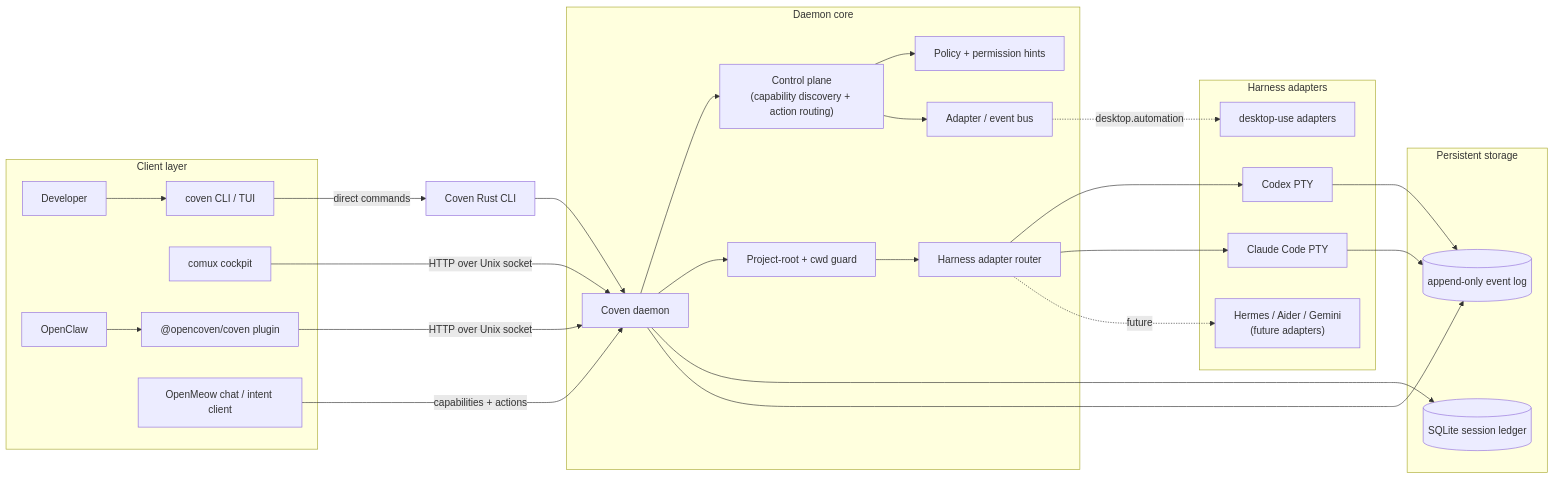
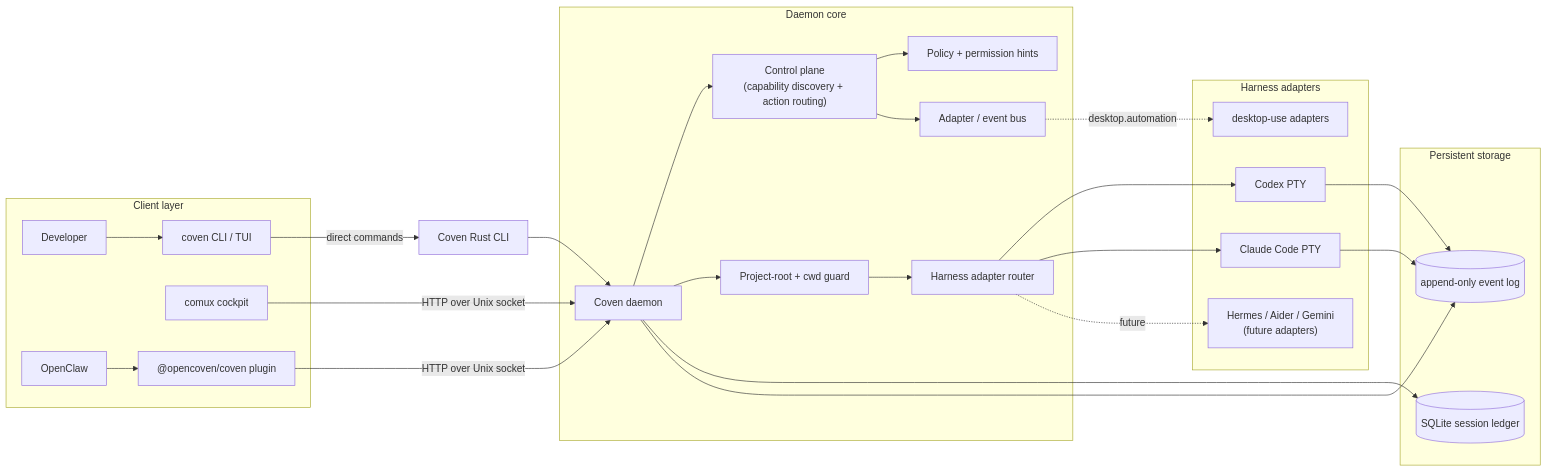
One commit to OpenCoven/coven changed the first of 3 diagrams in docs/ARCHITECTURE.md. Above: the diagram before and after it, drawn with Mermaid. The commit also changed other lines of this file and 48 other files, not shown here.

First line of the commit message:
chore: scrub stray OpenMeow references (#256)

````diff
--- a/docs/ARCHITECTURE.md
+++ b/docs/ARCHITECTURE.md
@@ -18,57 +18,55 @@
 ```mermaid
 flowchart LR
   subgraph Clients["Client layer"]
     User[Developer]
     CLI["coven CLI / TUI"]
     Comux["comux cockpit"]
     OpenClaw[OpenClaw]
     Plugin["@opencoven/coven plugin"]
-    OpenMeow["OpenMeow chat / intent client"]
   end
 
   subgraph DaemonCore["Daemon core"]
     Daemon[Coven daemon]
     Control["Control plane\n(capability discovery + action routing)"]
     Policy["Policy + permission hints"]
     AdapterBus["Adapter / event bus"]
     Boundary["Project-root + cwd guard"]
     HarnessRouter["Harness adapter router"]
   end
 
   subgraph Adapters["Harness adapters"]
     Codex["Codex PTY"]
     Claude["Claude Code PTY"]
     DesktopUse["desktop-use adapters"]
     Future["Hermes / Aider / Gemini\n(future adapters)"]
   end
 
   subgraph Storage["Persistent storage"]
     Store[(SQLite session ledger)]
     Events[(append-only event log)]
   end
 
   User --> CLI
   CLI -->|direct commands| Rust["Coven Rust CLI"]
   Rust --> Daemon
 
   Comux -->|"HTTP over Unix socket"| Daemon
   OpenClaw --> Plugin
   Plugin -->|"HTTP over Unix socket"| Daemon
-  OpenMeow -->|"capabilities + actions"| Daemon
 
   Daemon --> Control
   Control --> Policy
   Control --> AdapterBus
   AdapterBus -.->|desktop.automation| DesktopUse
 
   Daemon --> Boundary
   Boundary --> HarnessRouter
   HarnessRouter --> Codex
   HarnessRouter --> Claude
   HarnessRouter -.->|future| Future
 
   Daemon --> Store
   Daemon --> Events
   Codex --> Events
   Claude --> Events
 ```
````
